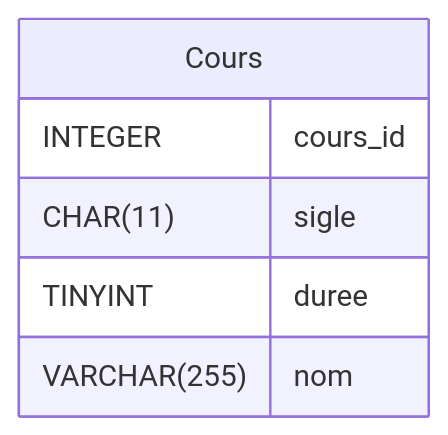
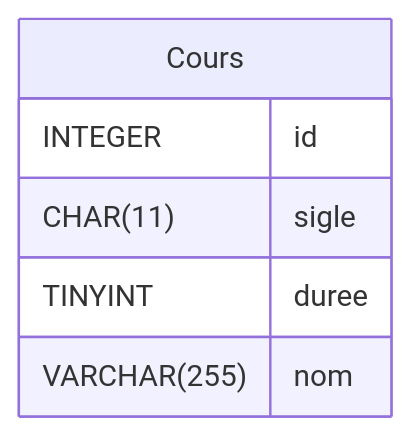
Before and after one commit to TousignantSimon-BD1/TousignantSimon-BD1.github.io: the seventh of 8 diagrams in docs/notes_de_cours/section_1.4.md, drawn with Mermaid. The commit also changed other lines of this file and 1 other file, not shown here.

Commit message:
Utilisation de la syntaxe mermaid au lieu de définir les tables manuellement

````diff
--- a/docs/notes_de_cours/section_1.4.md
+++ b/docs/notes_de_cours/section_1.4.md
@@ -270,9 +261,9 @@
 ``` mermaid
 erDiagram 
     q[Cours] {
-        INTEGER cours_id
+        INTEGER id
         CHAR(11) sigle
         TINYINT duree
         VARCHAR(255) nom
     }
 ```
````
